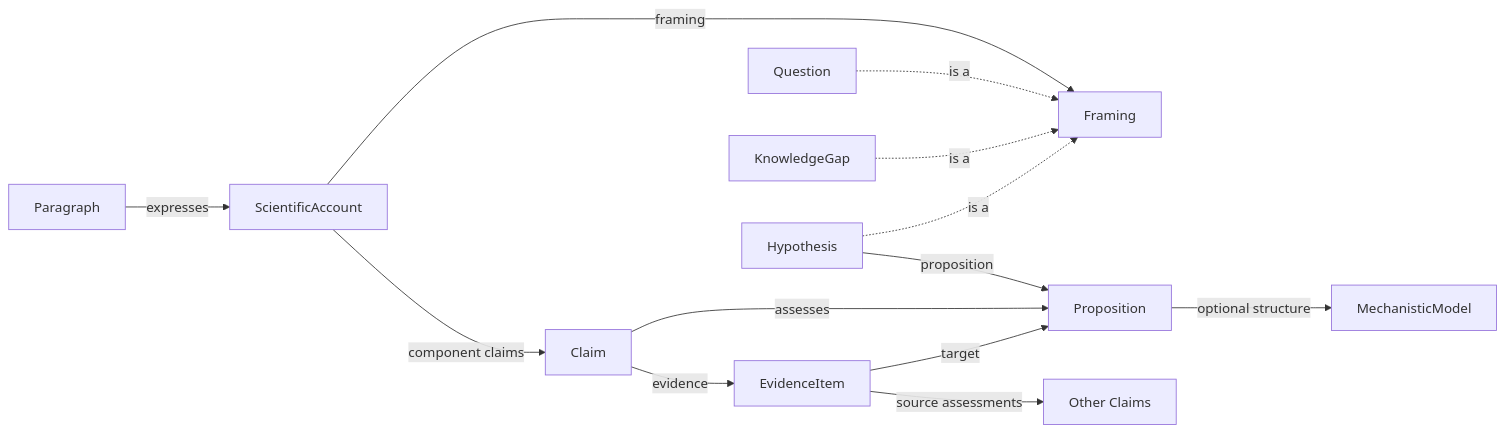
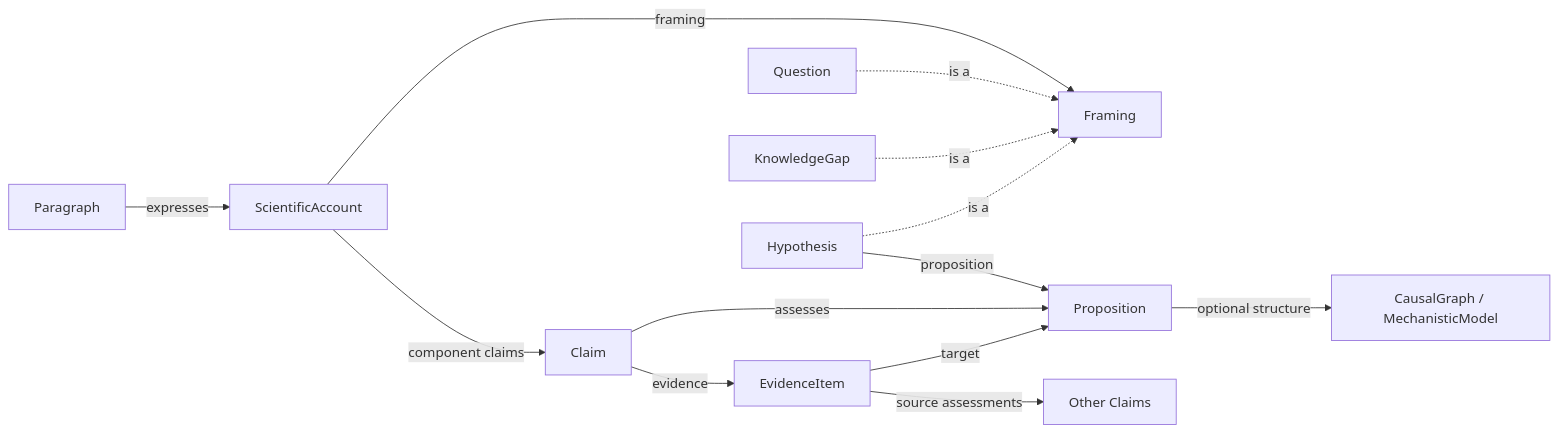
One commit to broadinstitute/dapper changed the diagram in docs/guides/claims.md. Above: the diagram before and after it, drawn with Mermaid. The commit also changed other lines of this file and 6 other files, not shown here.

````diff
--- a/docs/guides/claims.md
+++ b/docs/guides/claims.md
@@ -25,15 +25,15 @@
 ```mermaid
 flowchart LR
     A[ScientificAccount] -->|framing| F[Framing]
     Q[Question] -. is a .-> F
     K[KnowledgeGap] -. is a .-> F
     H[Hypothesis] -. is a .-> F
     H -->|proposition| P[Proposition]
     A -->|component claims| C[Claim]
     C -->|assesses| P
     C -->|evidence| E[EvidenceItem]
     E -->|source assessments| S[Other Claims]
     E -->|target| P
-    P -->|optional structure| M[MechanisticModel]
+    P -->|optional structure| M[CausalGraph / MechanisticModel]
     T[Paragraph] -->|expresses| A
 ```
````
